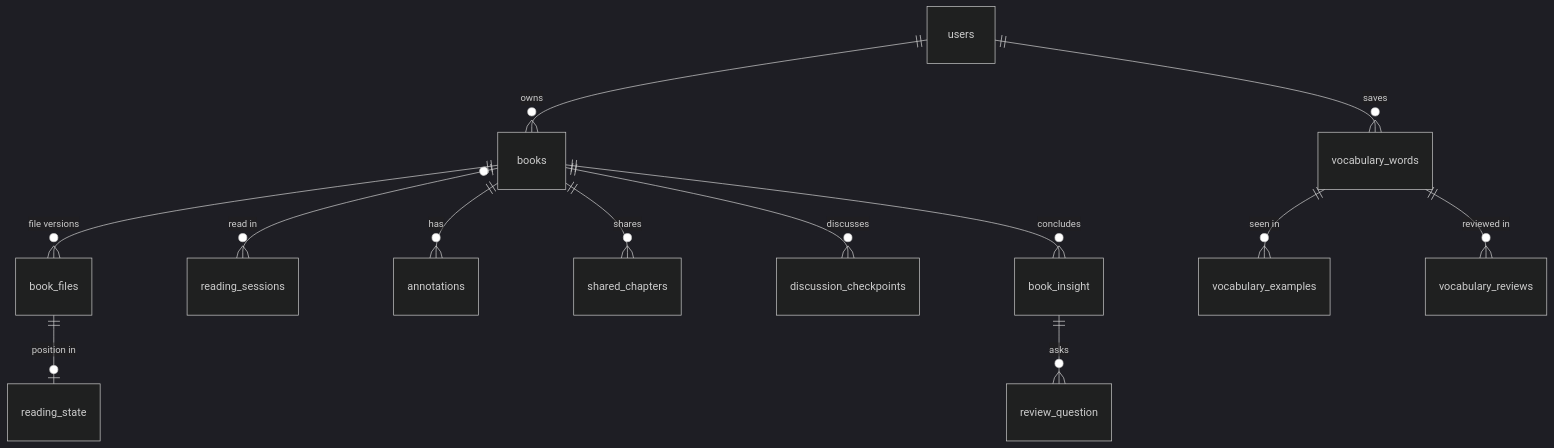
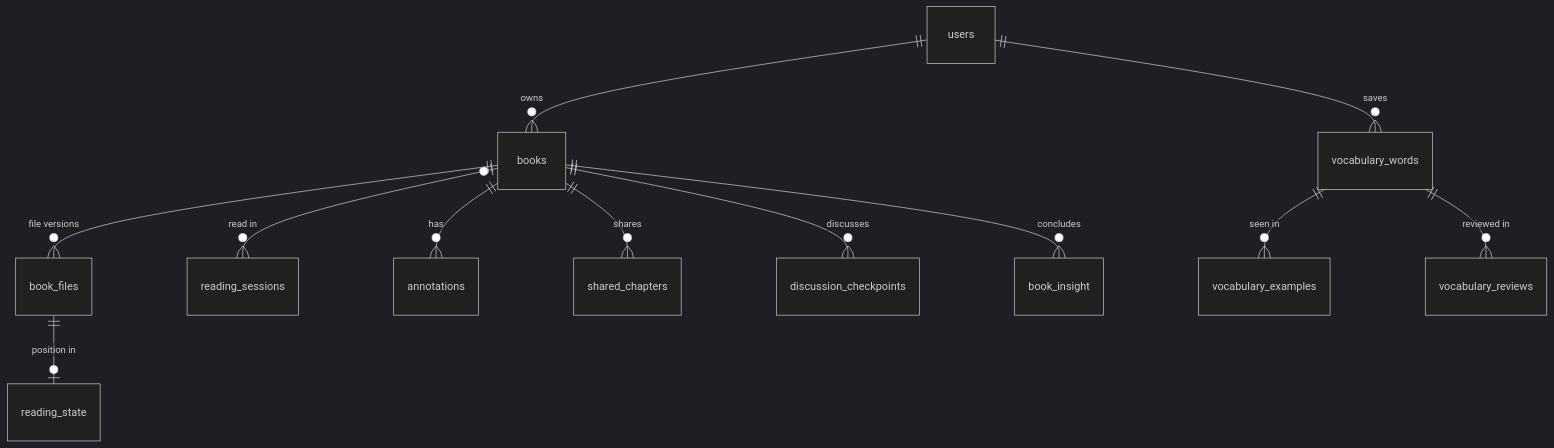
One commit to mrviduus/textstack changed the diagram in docs/architecture/data-model.md. Above: the diagram before and after it, drawn with Mermaid (dark theme). The commit also changed other lines of this file and 84 other files, not shown here.

````diff
--- a/docs/architecture/data-model.md
+++ b/docs/architecture/data-model.md
@@ -48,15 +47,14 @@
 ```mermaid
 erDiagram
     users ||--o{ books : owns
     books ||--o{ book_files : "file versions"
     book_files ||--o| reading_state : "position in"
     books |o--o{ reading_sessions : "read in"
     books ||--o{ annotations : has
     users ||--o{ vocabulary_words : saves
     vocabulary_words ||--o{ vocabulary_examples : "seen in"
     vocabulary_words ||--o{ vocabulary_reviews : "reviewed in"
     books ||--o{ shared_chapters : shares
     books ||--o{ discussion_checkpoints : discusses
     books ||--o{ book_insight : concludes
-    book_insight ||--o{ review_question : asks
 ```
````
